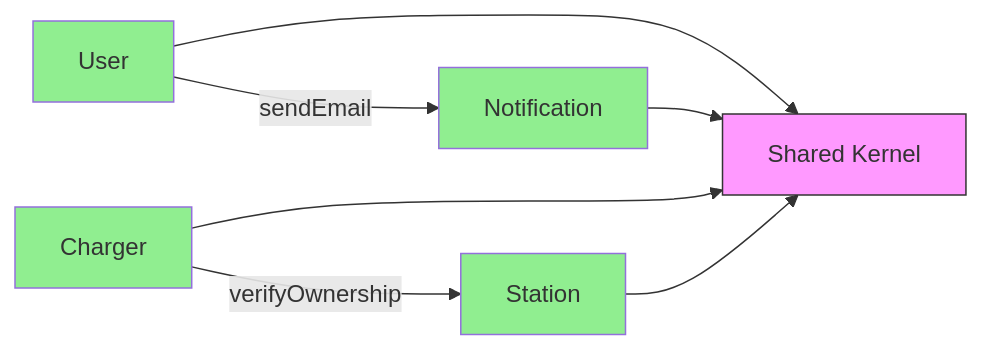
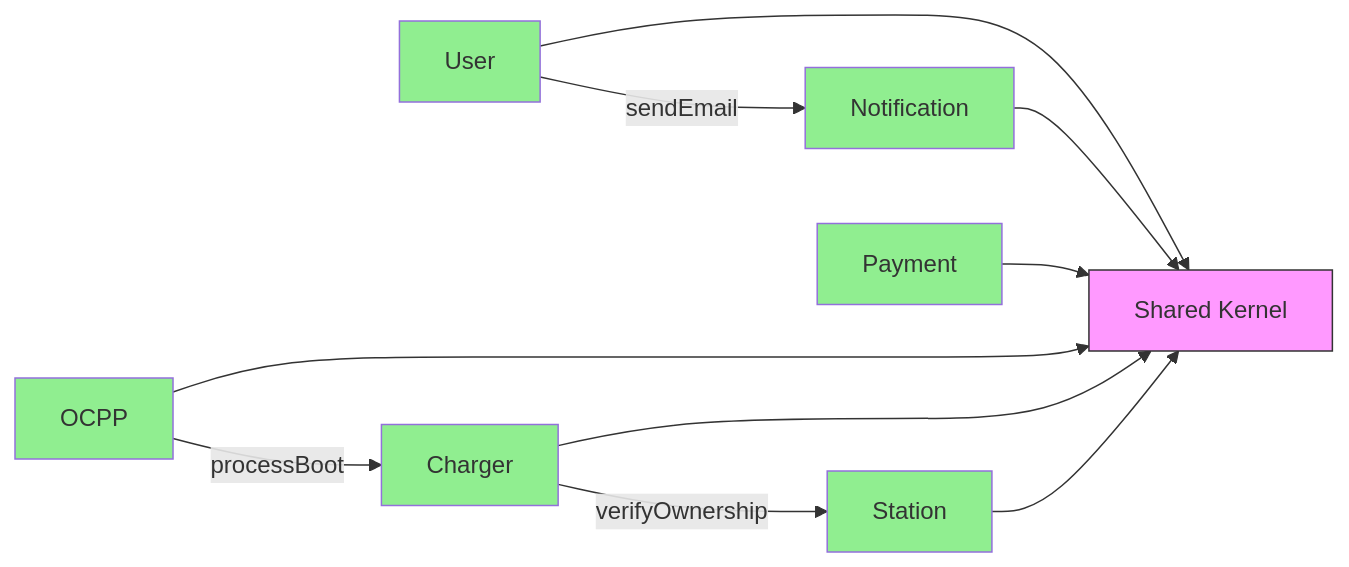
The second of 2 diagrams in evgo/docs/backend-features-overview.md (Sherllgen/DATN), drawn with Mermaid before and after one commit. The commit also changed other lines of this file and 49 other files, not shown here.

````diff
--- a/evgo/docs/backend-features-overview.md
+++ b/evgo/docs/backend-features-overview.md
@@ -88,18 +99,23 @@
 ```mermaid
 flowchart LR
     SK[Shared Kernel]
 
     User --> SK
     Station --> SK
     Charger --> SK
+    OCPP --> SK
     Notification --> SK
+    Payment --> SK
 
     User -->|sendEmail| Notification
     Charger -->|verifyOwnership| Station
+    OCPP -->|processBoot| Charger
 
     style SK fill:#f9f,stroke:#333
     style User fill:#90EE90
     style Station fill:#90EE90
     style Charger fill:#90EE90
+    style OCPP fill:#90EE90
     style Notification fill:#90EE90
+    style Payment fill:#90EE90
 ```
````
